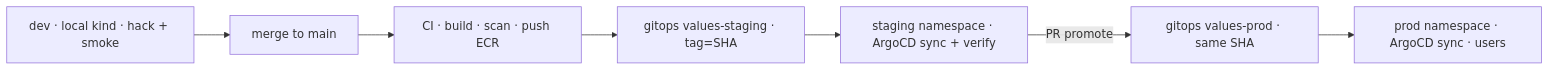
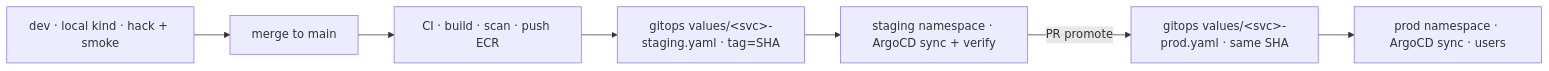
One commit to phucgigital03/BadmintonHub changed the third of 3 diagrams in Planning_CICD.md. Above: the diagram before and after it, drawn with Mermaid. The commit also changed other lines of this file, not shown here.

````diff
--- a/Planning_CICD.md
+++ b/Planning_CICD.md
@@ -212,12 +237,12 @@
 ```mermaid
 flowchart LR
     DEV["dev · local kind · hack + smoke"]
     MERGE["merge to main"]
     CI["CI · build · scan · push ECR"]
-    VS["gitops values-staging · tag=SHA"]
+    VS["gitops values/&lt;svc&gt;-staging.yaml · tag=SHA"]
     STG["staging namespace · ArgoCD sync + verify"]
-    VP["gitops values-prod · same SHA"]
+    VP["gitops values/&lt;svc&gt;-prod.yaml · same SHA"]
     PRD["prod namespace · ArgoCD sync · users"]
     DEV --> MERGE --> CI --> VS --> STG
     STG -->|"PR promote"| VP --> PRD
 ```
````
